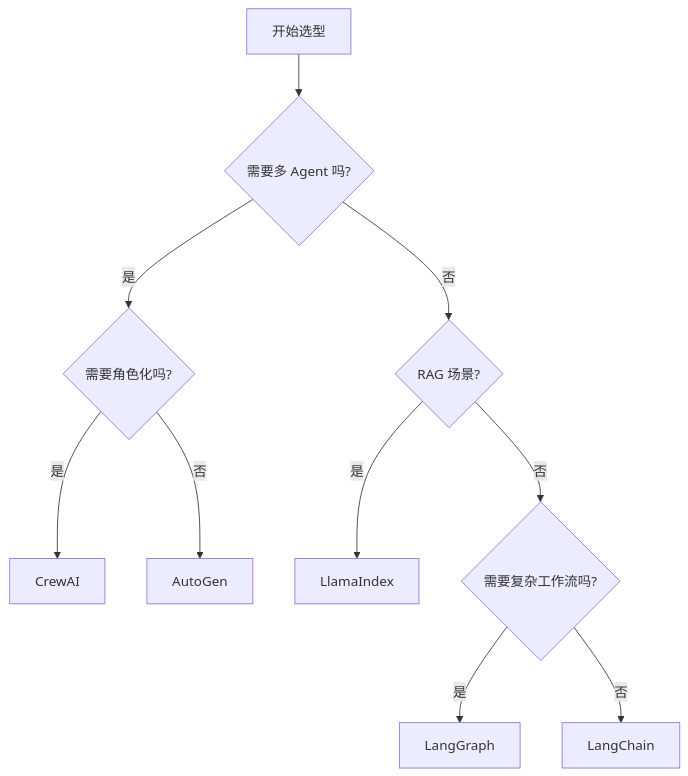
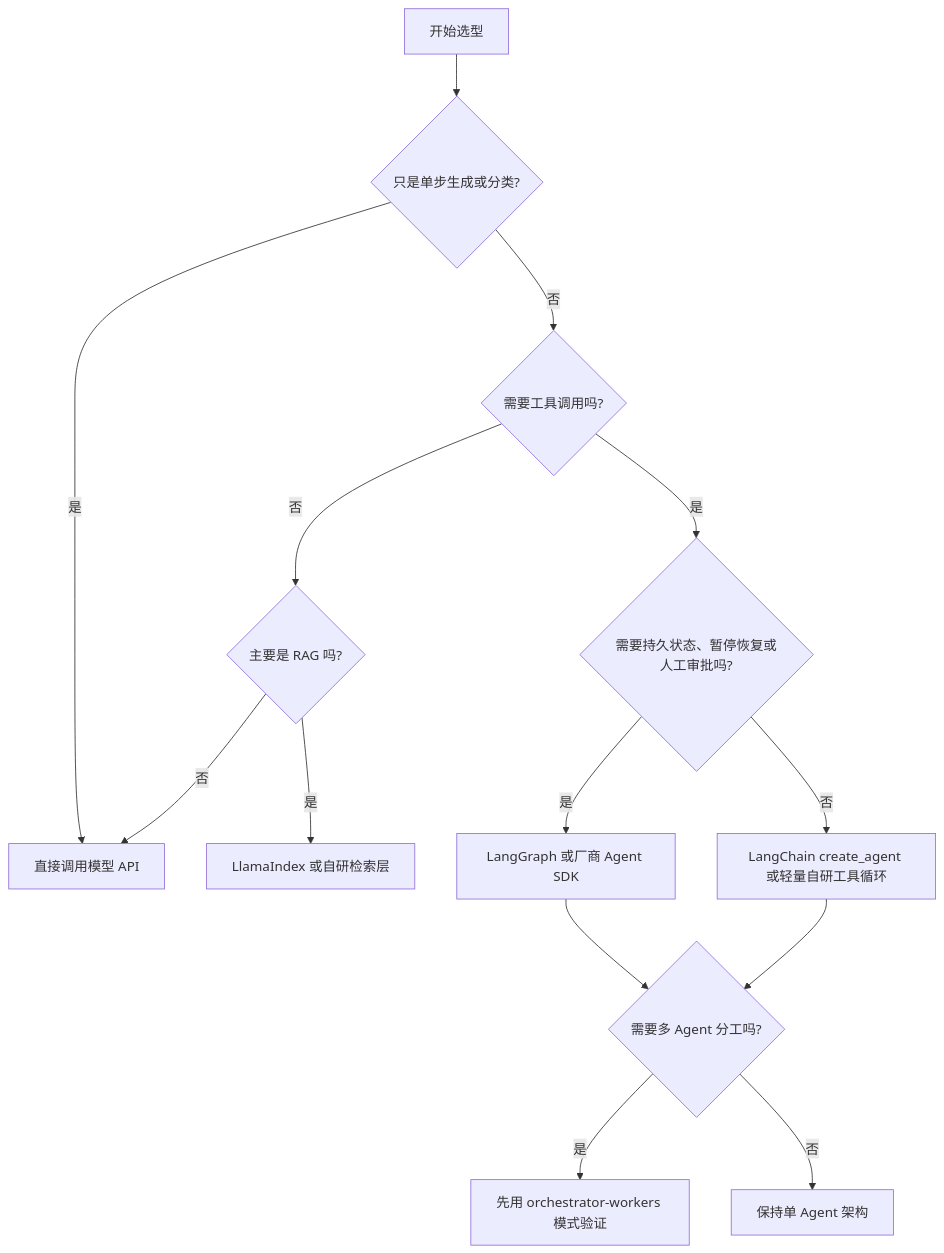
Before and after one commit to naijoug/books: the diagram in ai-agent-best-practices/chapters/03-tech-stack.md, drawn with Mermaid. The commit also changed other lines of this file and 12 other files, not shown here.

````diff
--- a/ai-agent-best-practices/chapters/03-tech-stack.md
+++ b/ai-agent-best-practices/chapters/03-tech-stack.md
@@ -103,12 +112,16 @@
 ```mermaid
 graph TD
-    A[开始选型] --> B{需要多 Agent 吗?}
-    B -->|是| C{需要角色化吗?}
-    B -->|否| D{RAG 场景?}
-    C -->|是| E[CrewAI]
-    C -->|否| F[AutoGen]
-    D -->|是| G[LlamaIndex]
-    D -->|否| H{需要复杂工作流吗?}
-    H -->|是| I[LangGraph]
-    H -->|否| J[LangChain]
+    A[开始选型] --> B{只是单步生成或分类?}
+    B -->|是| C[直接调用模型 API]
+    B -->|否| D{需要工具调用吗?}
+    D -->|否| E{主要是 RAG 吗?}
+    E -->|是| F[LlamaIndex 或自研检索层]
+    E -->|否| C
+    D -->|是| G{需要持久状态、暂停恢复或人工审批吗?}
+    G -->|是| H[LangGraph 或厂商 Agent SDK]
+    G -->|否| I[LangChain create_agent 或轻量自研工具循环]
+    H --> J{需要多 Agent 分工吗?}
+    I --> J
+    J -->|是| K[先用 orchestrator-workers 模式验证]
+    J -->|否| L[保持单 Agent 架构]
 ```
````
